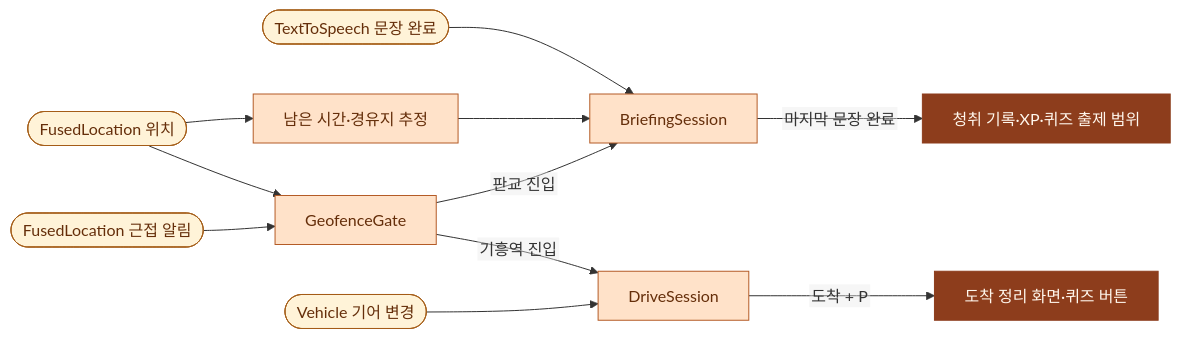
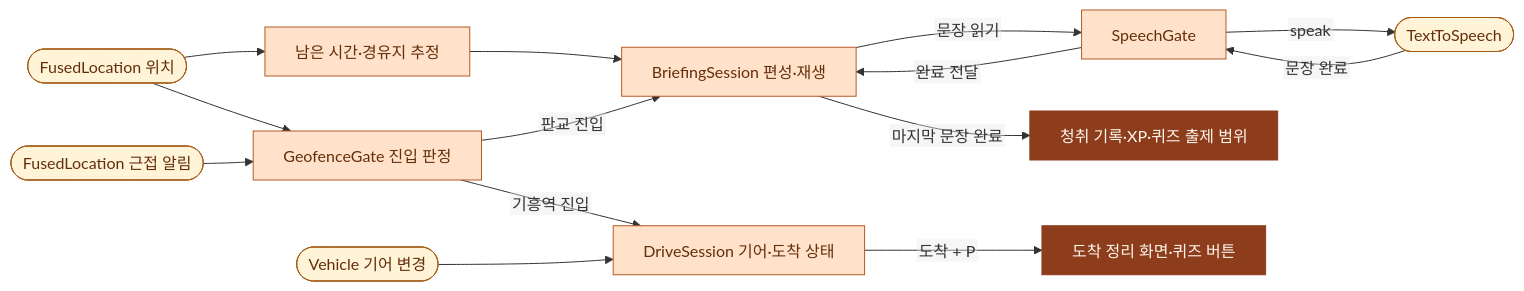
The first of 2 diagrams in README.md (beolene1/ROUTEONOMY), drawn with Mermaid before and after one commit. The commit also changed other lines of this file, not shown here.

Commit message:
docs: README 다이어그램을 코드 흐름에 맞게 고치고 SDK 흐름 설명·구현 포인트·팀원 링크 보강 (#7)

````diff
--- a/README.md
+++ b/README.md
@@ -219,23 +219,26 @@
 ```mermaid
 ---
 config:
   htmlLabels: false
 ---
 flowchart LR
-    tts(["TextToSpeech 문장 완료"]) --> playback["BriefingSession"]
-    location(["FusedLocation 위치"]) --> estimate["남은 시간·경유지 추정"] --> playback
-    location --> fence["GeofenceGate"]
+    location(["FusedLocation 위치"]) --> estimate["남은 시간·경유지 추정"] --> playback["BriefingSession 편성·재생"]
+    location --> fence["GeofenceGate 진입 판정"]
     proximity(["FusedLocation 근접 알림"]) --> fence
     fence -->|"판교 진입"| playback
+    playback -->|"문장 읽기"| gate["SpeechGate"]
+    gate -->|"speak"| tts(["TextToSpeech"])
+    tts -->|"문장 완료"| gate
+    gate -->|"완료 전달"| playback
     playback -->|"마지막 문장 완료"| heard["청취 기록·XP·퀴즈 출제 범위"]
-    fence -->|"기흥역 진입"| drive["DriveSession"]
+    fence -->|"기흥역 진입"| drive["DriveSession 기어·도착 상태"]
     gear(["Vehicle 기어 변경"]) --> drive
     drive -->|"도착 + P"| arrival["도착 정리 화면·퀴즈 버튼"]
 
     classDef event fill:#fff3d8,stroke:#a45d18,color:#652e0a
     classDef state fill:#ffe2c9,stroke:#b45b26,color:#652e0a
     classDef result fill:#8d3d1c,stroke:#8d3d1c,color:#fff7ed
     class location,proximity,tts,gear event
-    class estimate,fence,playback,drive state
+    class estimate,fence,playback,gate,drive state
     class heard,arrival result
 ```
````
